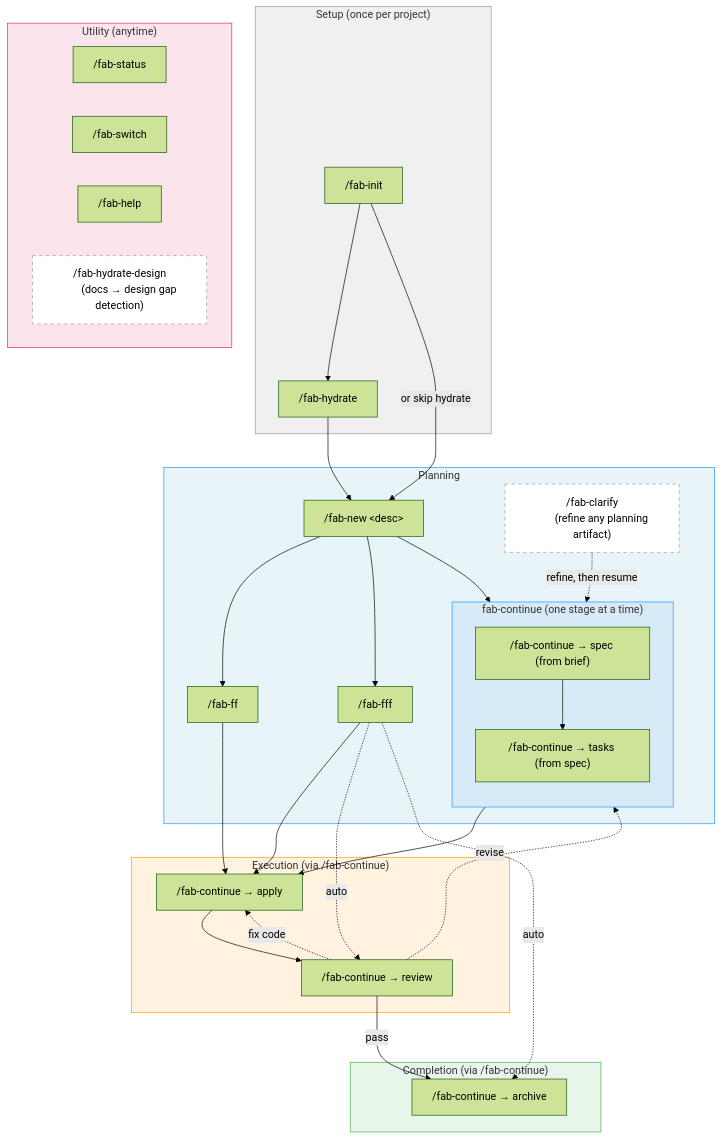
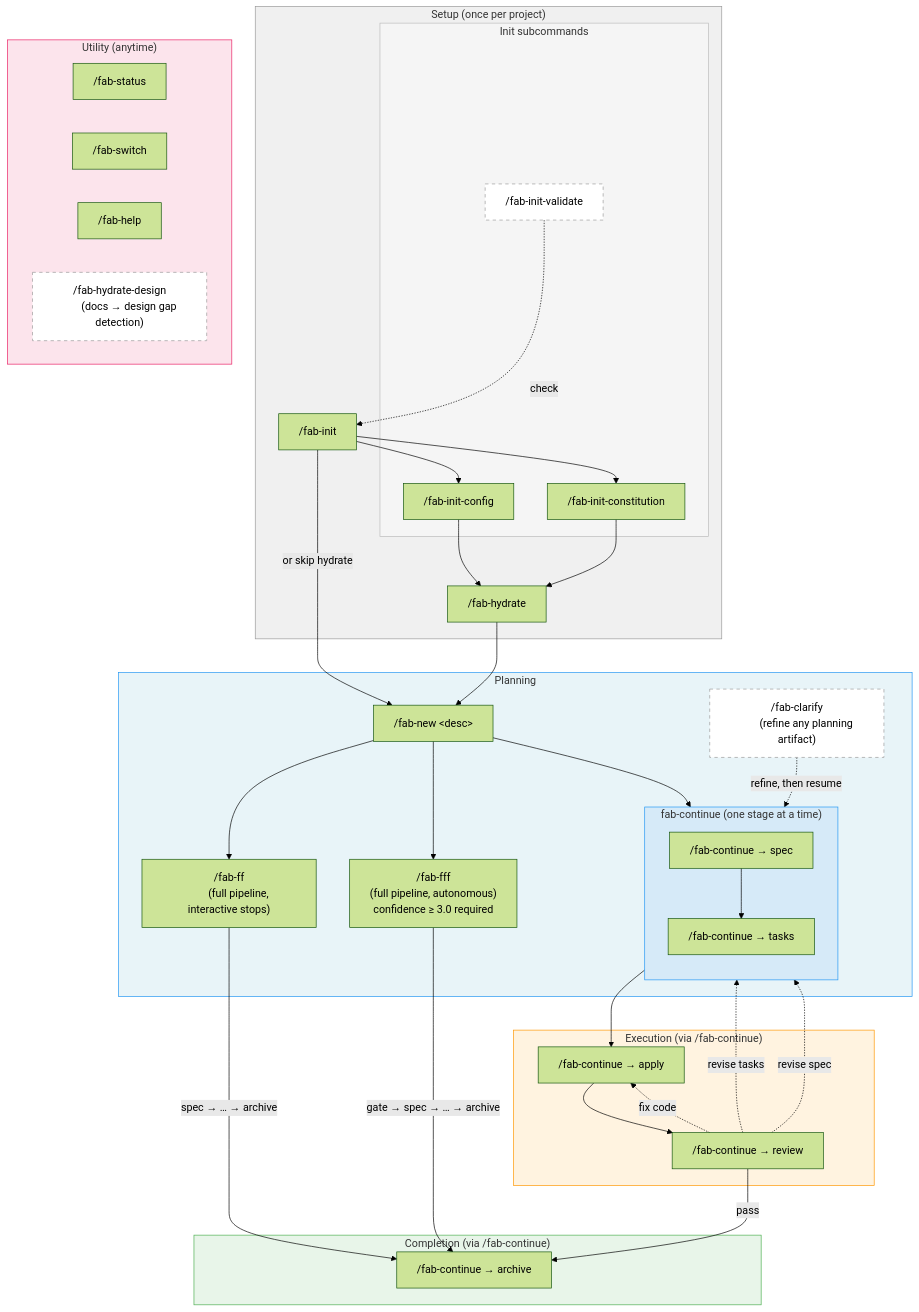
The third of 4 diagrams in fab/design/user-flow.md (sahil87/fab-kit), drawn with Mermaid (forest theme) before and after one commit. The commit also changed other lines of this file and 2 other files, not shown here.

Commit message:
Adding state diagram

````diff
--- a/fab/design/user-flow.md
+++ b/fab/design/user-flow.md
@@ -70,6 +70,11 @@
 flowchart TD
     subgraph setup ["Setup (once per project)"]
         INIT["/fab-init"]
+        subgraph init_cmds ["Init subcommands"]
+            CONFIG["/fab-init-config"]
+            CONST["/fab-init-constitution"]
+            VALIDATE["/fab-init-validate"]
+        end
         HYDRATE["/fab-hydrate"]
     end
 
@@ -78,13 +83,16 @@
 
         subgraph continue ["fab-continue (one stage at a time)"]
             direction TB
-            CONT_S["/fab-continue → spec (from brief)"]
-            CONT_T["/fab-continue → tasks (from spec)"]
+            CONT_S["/fab-continue → spec"]
+            CONT_T["/fab-continue → tasks"]
             CONT_S --> CONT_T
         end
 
-        FF["/fab-ff"]
-        FFF["/fab-fff"]
+        FF["/fab-ff
+        (full pipeline, interactive stops)"]
+        FFF["/fab-fff
+        (full pipeline, autonomous)
+        confidence ≥ 3.0 required"]
         CLARIFY["/fab-clarify
         (refine any planning artifact)"]
     end
@@ -107,11 +115,15 @@
     end
 
     %% Setup
-    INIT --> HYDRATE
+    INIT --> CONFIG
+    INIT --> CONST
+    VALIDATE -.->|"check"| INIT
+    CONFIG --> HYDRATE
+    CONST --> HYDRATE
     INIT -->|"or skip hydrate"| NEW
     HYDRATE --> NEW
 
-    %% Brief fans out to three planning paths
+    %% Brief fans out to three paths
     NEW --> CONT_S
     NEW --> FF
     NEW --> FFF
@@ -121,21 +133,23 @@
 
     %% Into execution
     CONT_T --> APPLY
-    FF --> APPLY
-    FFF --> APPLY
+
+    %% Shortcuts run the full pipeline
+    FF -->|"spec → … → archive"| ARCHIVE
+    FFF -->|"gate → spec → … → archive"| ARCHIVE
 
     %% Execution
     APPLY --> REVIEW
-    FFF -.->|"auto"| REVIEW
 
     %% Review outcomes
     REVIEW -->|"pass"| ARCHIVE
-    FFF -.->|"auto"| ARCHIVE
     REVIEW -.->|"fix code"| APPLY
-    REVIEW -.->|"revise"| continue
+    REVIEW -.->|"revise tasks"| CONT_T
+    REVIEW -.->|"revise spec"| CONT_S
 
     %% Styles
     style setup fill:#f0f0f0,stroke:#999
+    style init_cmds fill:#f5f5f5,stroke:#bbb
     style planning fill:#e8f4f8,stroke:#2196F3
     style continue fill:#d6eaf8,stroke:#2196F3
     style execution fill:#fff3e0,stroke:#FF9800
@@ -143,4 +157,5 @@
     style utility fill:#fce4ec,stroke:#e91e63
     style BACKFILL fill:#fff,stroke:#999,stroke-dasharray: 5 5
     style CLARIFY fill:#fff,stroke:#999,stroke-dasharray: 5 5
+    style VALIDATE fill:#fff,stroke:#999,stroke-dasharray: 5 5
 ```
````
